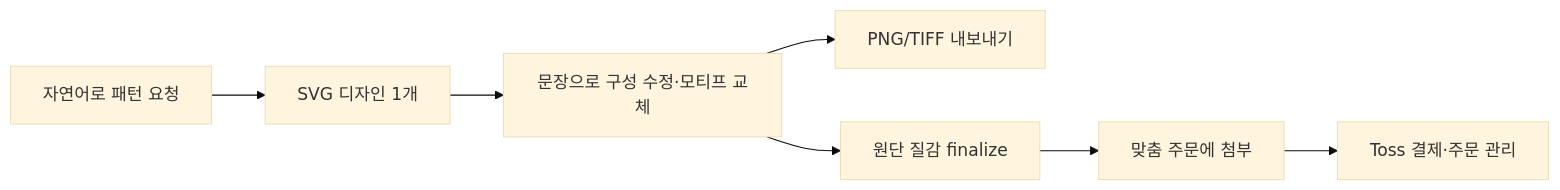
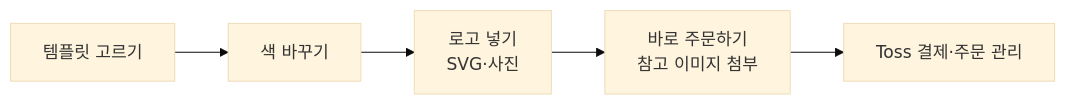
Before and after one commit to Bongseop-Kim/essesion: the first of 2 diagrams in README.md, drawn with Mermaid (base theme). The commit also changed other lines of this file and 476 other files, not shown here.

First line of the commit message:
템플릿 우선 디자인 흐름으로 개편하고 AI 디자인을 제거한다 (#98)

````diff
--- a/README.md
+++ b/README.md
@@ -39,9 +39,7 @@
 ```mermaid
 flowchart LR
-    A[자연어로 패턴 요청] --> B[SVG 디자인 1개]
-    B --> C[문장으로 구성 수정·모티프 교체]
-    C --> D[PNG/TIFF 내보내기]
-    C --> E[원단 질감 finalize]
-    E --> F[맞춤 주문에 첨부]
-    F --> G[Toss 결제·주문 관리]
+    A[템플릿 고르기] --> B[색 바꾸기]
+    B --> C[로고 넣기<br/>SVG·사진]
+    C --> D[바로 주문하기<br/>참고 이미지 첨부]
+    D --> E[Toss 결제·주문 관리]
 ```
````
